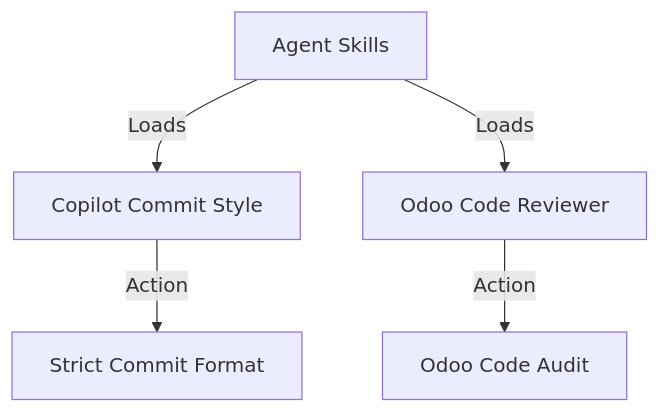
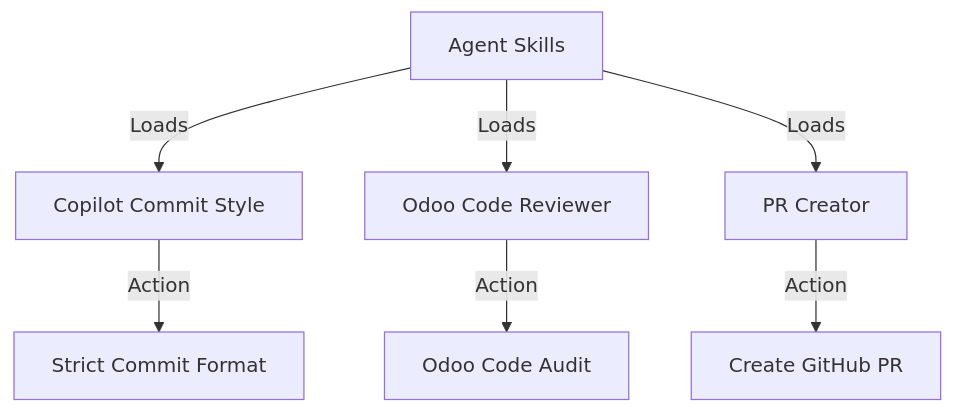
Before and after one commit to nguyenhuy158/skills: the first of 3 diagrams in README.md, drawn with Mermaid. The commit also changed other lines of this file and 1 other file, not shown here.

First line of the commit message:
✨ feat(pr-creator): add PR creator skill

````diff
--- a/README.md
+++ b/README.md
@@ -5,8 +5,10 @@
 ```mermaid
 graph TD
     Repo[Agent Skills] -->|Loads| Skill1[Copilot Commit Style]
     Repo -->|Loads| Skill2[Odoo Code Reviewer]
+    Repo -->|Loads| Skill3[PR Creator]
     
     Skill1 -->|Action| Enforce[Strict Commit Format]
     Skill2 -->|Action| Audit[Odoo Code Audit]
+    Skill3 -->|Action| PR[Create GitHub PR]
 ```
````
